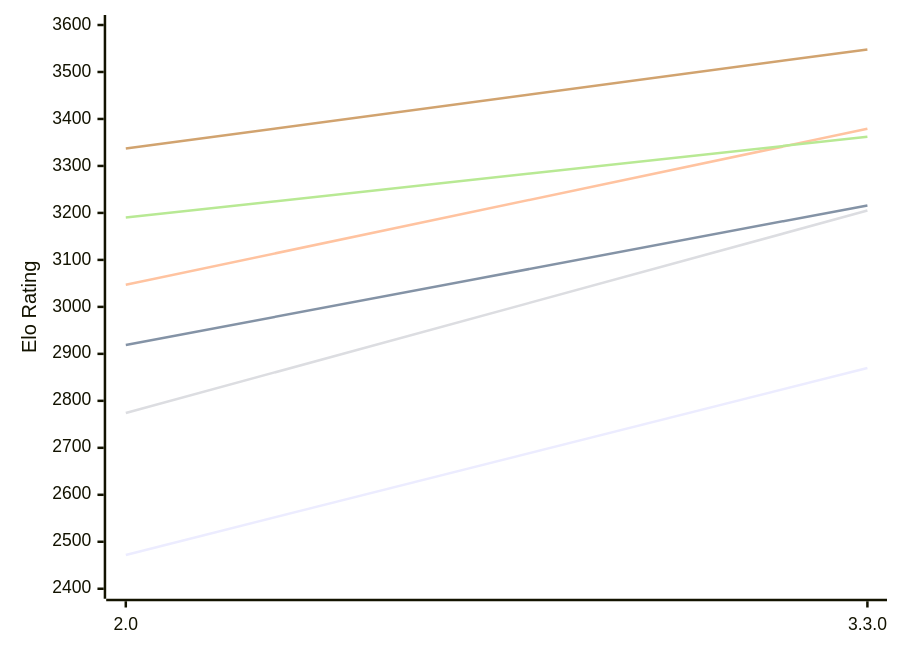
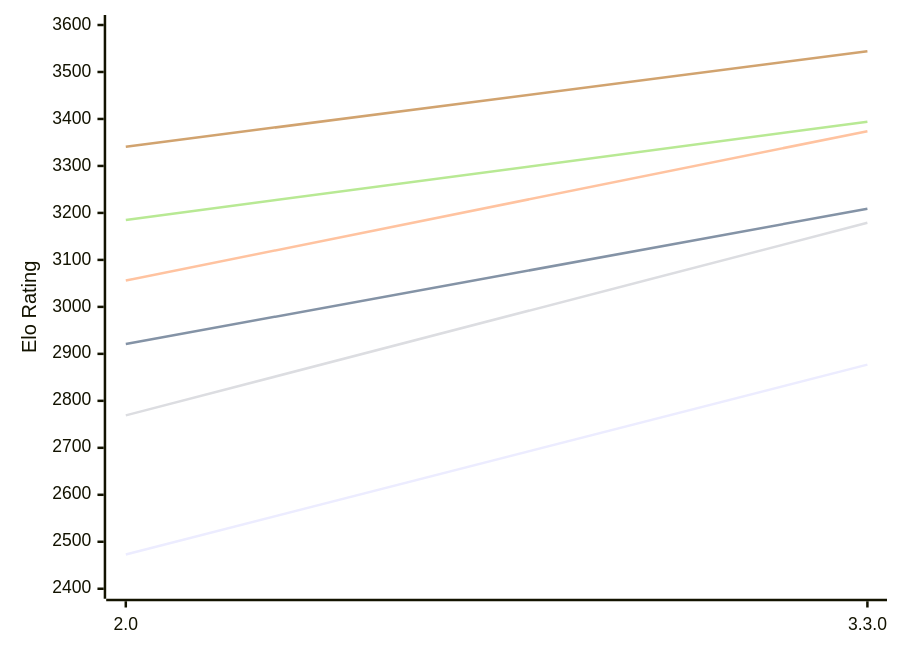
One commit to computer-chess-index/cci changed the diagram in engines/Ravager.md. Above: the diagram before and after it, drawn with Mermaid. The commit also changed other lines of this file, not shown here.

Commit message:
Update CCI Ratings (ELO VLTC) - 2026-10-14

````diff
--- a/engines/Ravager.md
+++ b/engines/Ravager.md
@@ -49,12 +49,12 @@
 ```mermaid
 %%{init: {"theme":"base","themeVariables":{"seriesColors:['#a3a3a3','#222221','#faa371']}}}%%
 xychart-beta
   x-axis ["2.0", "3.3.0"]
   y-axis "Elo Rating" 2400 --> 3600
-  line "E1: STC (8.0+0.08s)" [2472, 2870]
-  line "E1: LTC (60.0+0.60s)" [2919, 3216]
-  line "E1: VLTC (2m24s+1.12s)" [3047, 3379]
-  line "P1: STC (8.0+0.08s)" [2774, 3205]
-  line "P1: LTC (60.0+0.60s)" [3190, 3362]
-  line "P1: VLTC (2m24s+1.12s)" [3337, 3548]
+  line "E1: STC (8.0+0.08s)" [2473, 2877]
+  line "E1: LTC (60.0+0.60s)" [2921, 3209]
+  line "E1: VLTC (2m24s+1.12s)" [3056, 3374]
+  line "P1: STC (8.0+0.08s)" [2769, 3179]
+  line "P1: LTC (60.0+0.60s)" [3185, 3394]
+  line "P1: VLTC (2m24s+1.12s)" [3341, 3544]
 ```
````
